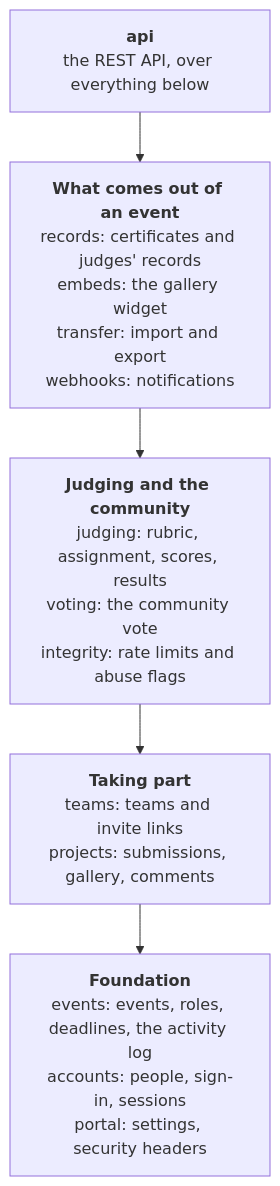
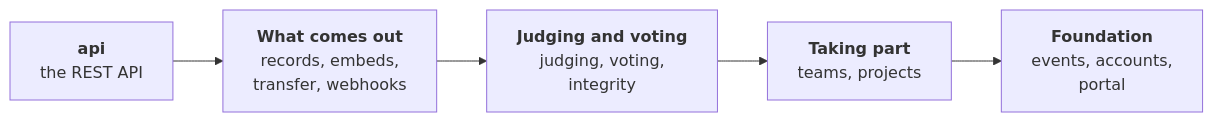
One commit to manusingh090/Shipshape changed the fourth of 19 diagrams in ARCHITECTURE.md. Above: the diagram before and after it, drawn with Mermaid. The commit also changed other lines of this file and 2 other files, not shown here.

Commit message:
Update files: shorter README, compact diagrams

````diff
--- a/ARCHITECTURE.md
+++ b/ARCHITECTURE.md
@@ -158,9 +159,7 @@
 ```mermaid
-flowchart TB
-    api["<b>api</b><br/>the REST API, over everything below"]
-    out["<b>What comes out of an event</b><br/>records: certificates and judges' records<br/>embeds: the gallery widget<br/>transfer: import and export<br/>webhooks: notifications"]
-    community["<b>Judging and the community</b><br/>judging: rubric, assignment, scores, results<br/>voting: the community vote<br/>integrity: rate limits and abuse flags"]
-    taking["<b>Taking part</b><br/>teams: teams and invite links<br/>projects: submissions, gallery, comments"]
-    foundation["<b>Foundation</b><br/>events: events, roles, deadlines, the activity log<br/>accounts: people, sign-in, sessions<br/>portal: settings, security headers"]
-    api --> out --> community --> taking --> foundation
+flowchart LR
+    api["<b>api</b><br/>the REST API"] --> out["<b>What comes out</b><br/>records, embeds,<br/>transfer, webhooks"]
+    out --> community["<b>Judging and voting</b><br/>judging, voting,<br/>integrity"]
+    community --> taking["<b>Taking part</b><br/>teams, projects"]
+    taking --> foundation["<b>Foundation</b><br/>events, accounts,<br/>portal"]
 ```
````
